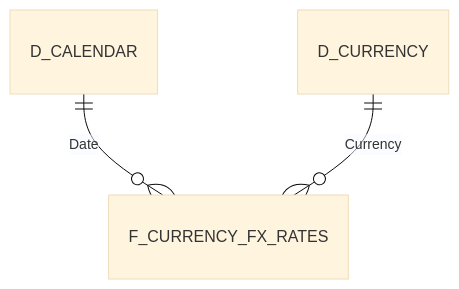
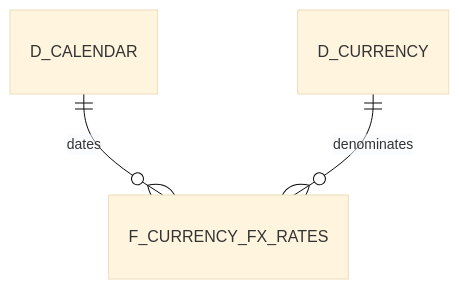
One commit to tks18/personal-finance-etl changed the third of 9 diagrams in docs/architecture/data-model.md. Above: the diagram before and after it, drawn with Mermaid (base theme). The commit also changed other lines of this file and 10 other files, not shown here.

Commit message:
docs: update docs/architecture for latest version

````diff
--- a/docs/architecture/data-model.md
+++ b/docs/architecture/data-model.md
@@ -76,5 +87,5 @@
 ```mermaid
 erDiagram
-    D_CALENDAR ||--o{ F_CURRENCY_FX_RATES : Date
-    D_CURRENCY ||--o{ F_CURRENCY_FX_RATES : Currency
+    D_CALENDAR ||--o{ F_CURRENCY_FX_RATES : dates
+    D_CURRENCY ||--o{ F_CURRENCY_FX_RATES : denominates
 ```
````
